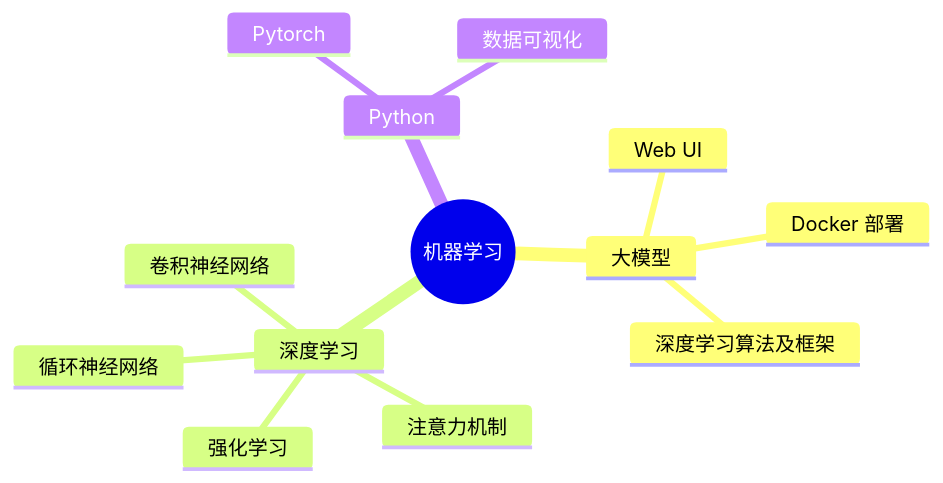
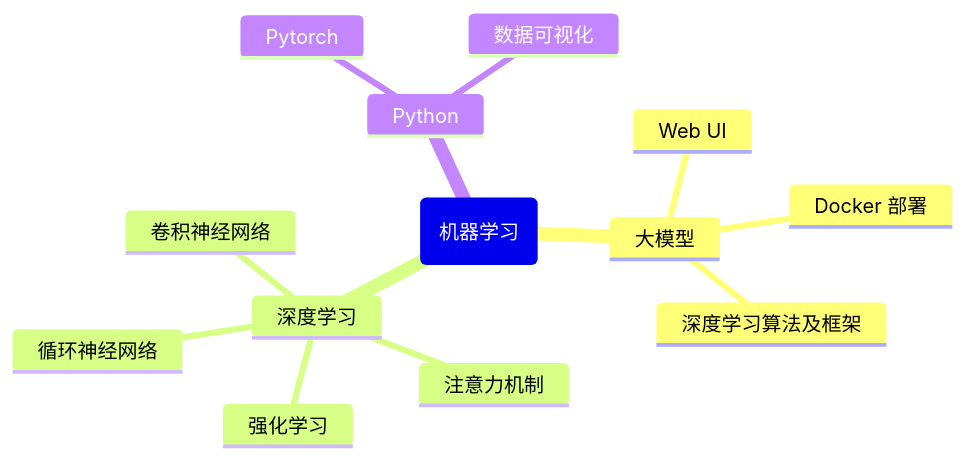
Before and after one commit to Arkrypto/Bears-PPT: the third of 3 diagrams in slides.md, drawn with Mermaid. The commit also changed other lines of this file, not shown here.

````diff
--- a/slides.md
+++ b/slides.md
@@ -340,16 +344,16 @@
 ```mermaid
 mindmap
-  root((机器学习))
+  root(机器学习)
     大模型
       Web UI
       Docker 部署
       深度学习算法及框架
     深度学习
       卷积神经网络
       注意力机制
       循环神经网络
       强化学习
     Python
       Pytorch
       数据可视化
 ```
````
